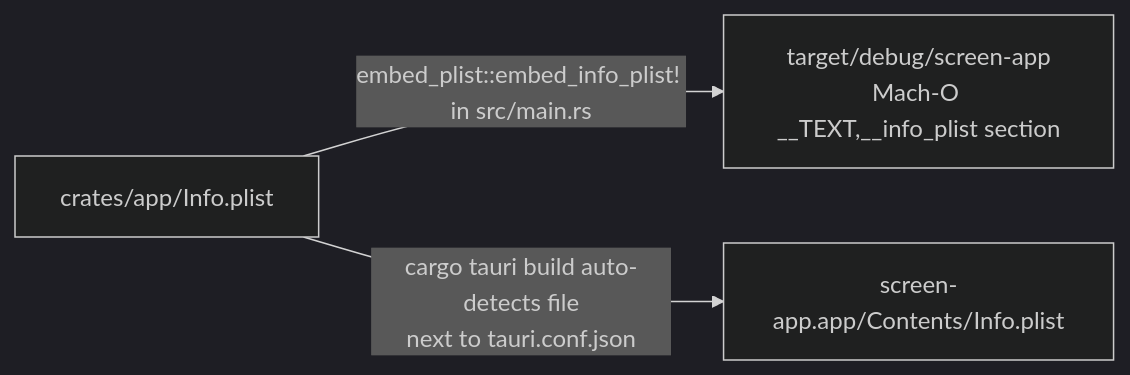
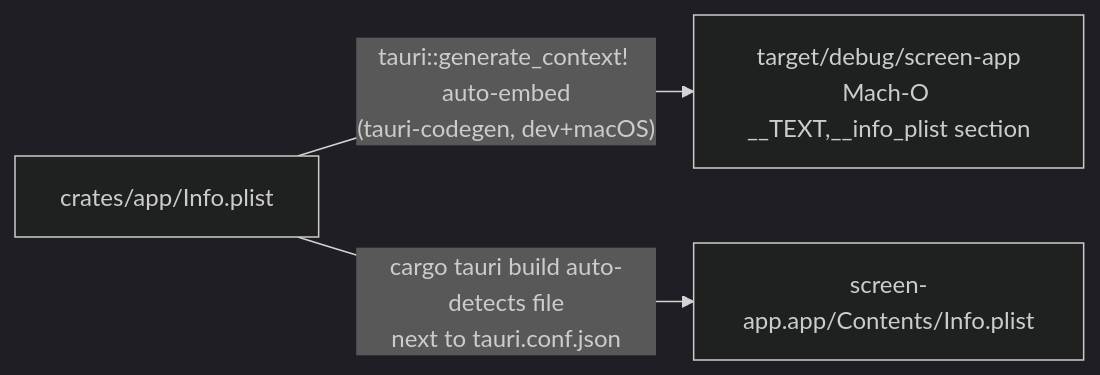
Before and after one commit to eng-manager-xyz/Screen: the diagram in _docs/book/src/app-ui/chunks/macos-permissions.md, drawn with Mermaid (dark theme). The commit also changed other lines of this file and 2 other files, not shown here.

````diff
--- a/_docs/book/src/app-ui/chunks/macos-permissions.md
+++ b/_docs/book/src/app-ui/chunks/macos-permissions.md
@@ -15,8 +15,8 @@
 ```mermaid
 flowchart LR
     Plist[crates/app/Info.plist]
     DevBin[target/debug/screen-app<br/>Mach-O __TEXT,__info_plist section]
     ProdApp[screen-app.app/Contents/Info.plist]
-    Plist -->|"embed_plist::embed_info_plist! in src/main.rs"| DevBin
+    Plist -->|"tauri::generate_context! auto-embed<br/>(tauri-codegen, dev+macOS)"| DevBin
     Plist -->|"cargo tauri build auto-detects file<br/>next to tauri.conf.json"| ProdApp
 ```
````
